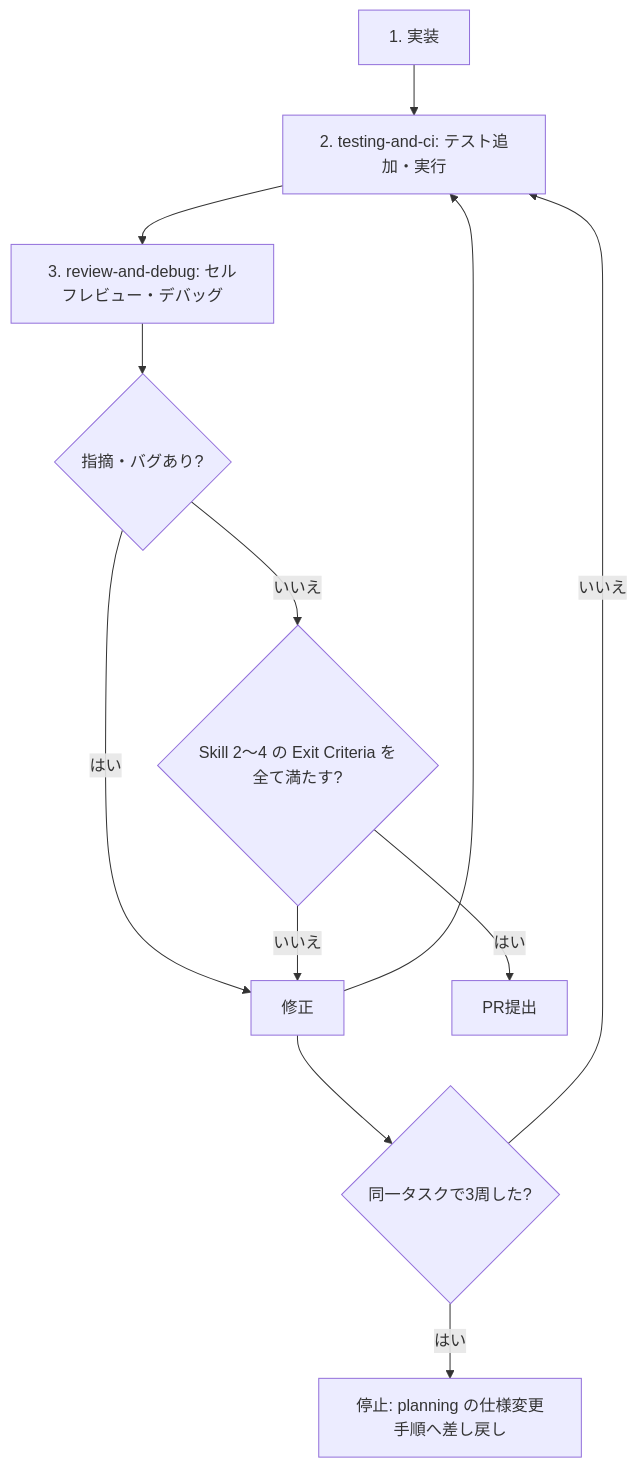
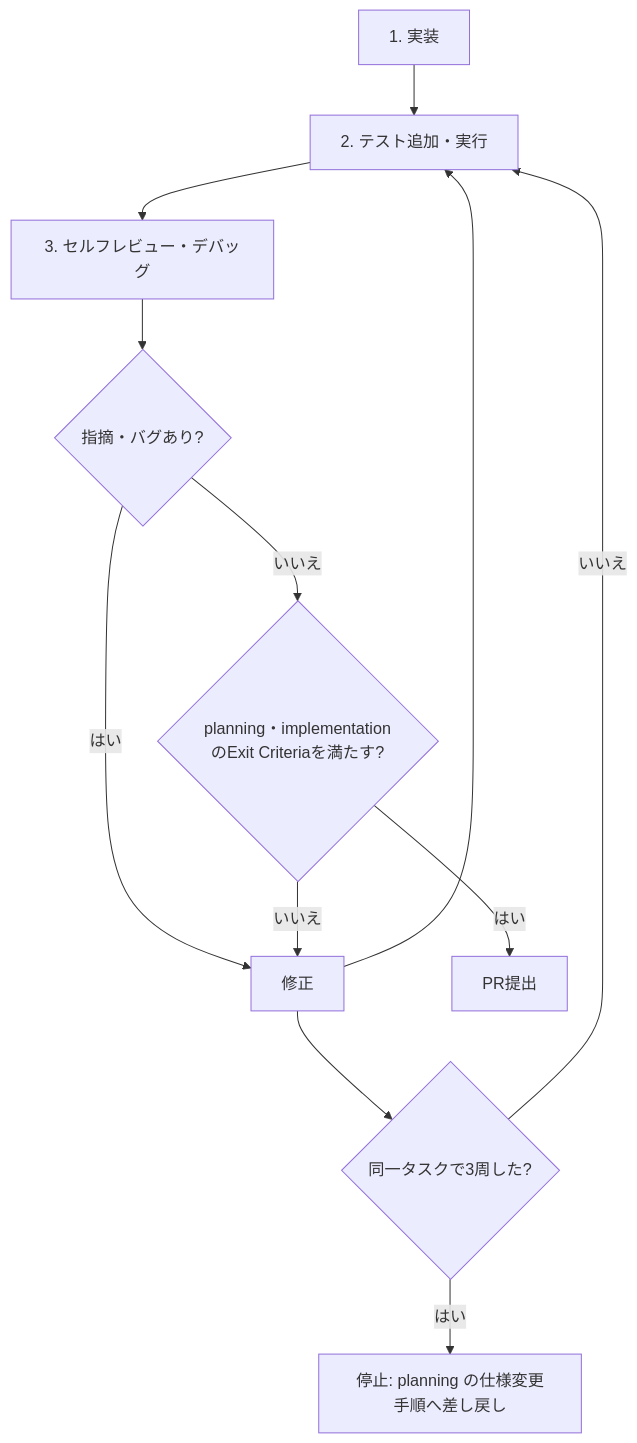
The diagram in skills/dev/implementation/SKILL.md (TakehiroFujita0870/sougyou-shien-app), drawn with Mermaid before and after one commit. The commit also changed other lines of this file, not shown here.

Commit message:
docs: keep implementation skill self-contained

````diff
--- a/skills/dev/implementation/SKILL.md
+++ b/skills/dev/implementation/SKILL.md
@@ -16,13 +16,13 @@
 ```mermaid
 flowchart TD
-  A["1. 実装"] --> B["2. testing-and-ci: テスト追加・実行"]
-  B --> C["3. review-and-debug: セルフレビュー・デバッグ"]
+  A["1. 実装"] --> B["2. テスト追加・実行"]
+  B --> C["3. セルフレビュー・デバッグ"]
   C --> D{"指摘・バグあり?"}
   D -- はい --> E["修正"] --> B
-  D -- いいえ --> F{"Skill 2〜4 の Exit Criteria を全て満たす?"}
+  D -- いいえ --> F{"planning・implementationのExit Criteriaを満たす?"}
   F -- はい --> G["PR提出"]
   F -- いいえ --> E
   E --> H{"同一タスクで3周した?"}
   H -- はい --> I["停止: planning の仕様変更手順へ差し戻し"]
   H -- いいえ --> B
 ```
````
